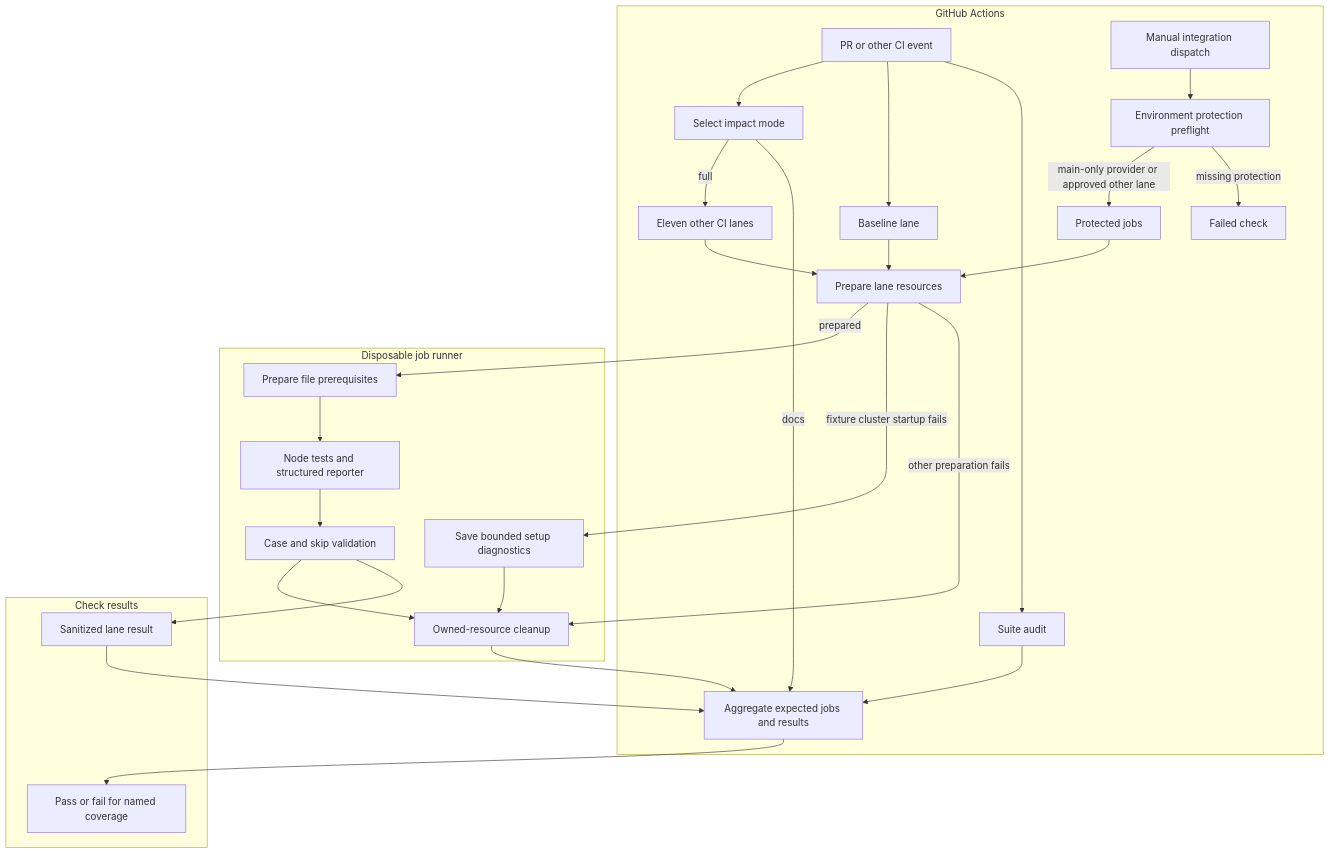
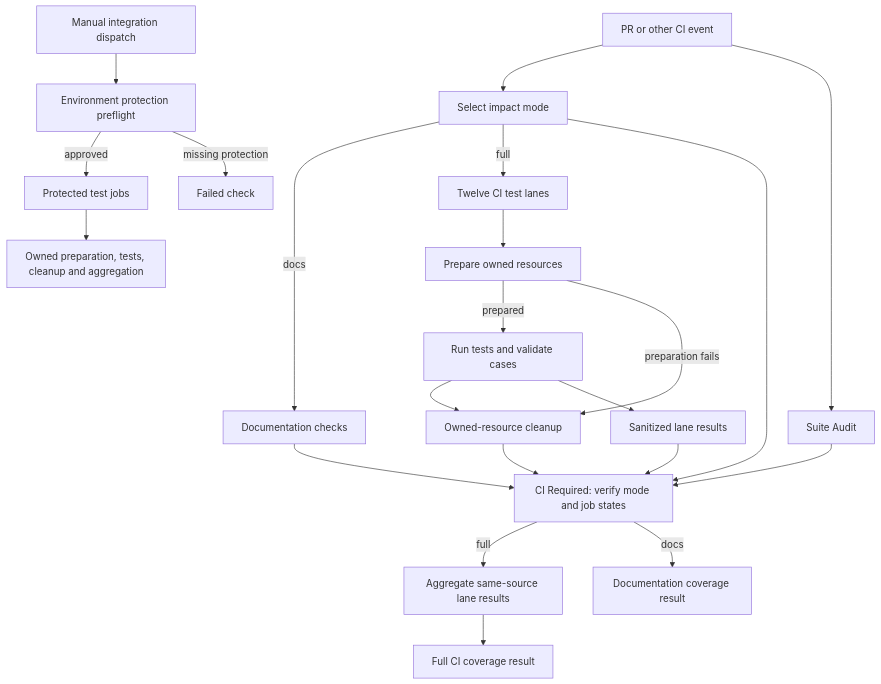
One commit to IsaiahStapleton/openclaw-enterprise changed the diagram in docs/flows/github-actions-testing.md. Above: the diagram before and after it, drawn with Mermaid. The commit also changed other lines of this file and 5 other files, not shown here.

Commit message:
Run only documentation checks for docs-only changes

````diff
--- a/docs/flows/github-actions-testing.md
+++ b/docs/flows/github-actions-testing.md
@@ -21,32 +21,24 @@
 ```mermaid
 graph TD
-  subgraph Actions["GitHub Actions"]
-    A["PR or other CI event"] --> S["Select impact mode"]
-    S -->|full| B["Eleven other CI lanes"]
-    S -->|docs| L
-    A --> Q["Baseline lane"]
-    A --> N["Suite audit"]
-    N --> L
-    Q --> F
-    C["Manual integration dispatch"] --> D["Environment protection preflight"]
-    D -->|main-only provider or approved other lane| E["Protected jobs"]
-    D -->|missing protection| X["Failed check"]
-  end
-  subgraph Runner["Disposable job runner"]
-    B --> F["Prepare lane resources"]
-    E --> F
-    F -->|prepared| G["Prepare file prerequisites"]
-    G --> H["Node tests and structured reporter"]
-    H --> I["Case and skip validation"]
-    F -->|fixture cluster startup fails| P["Save bounded setup diagnostics"]
-    P --> J["Owned-resource cleanup"]
-    F -->|other preparation fails| J
-    I --> J
-  end
-  subgraph Results["Check results"]
-    I --> K["Sanitized lane result"]
-    J --> L["Aggregate expected jobs and results"]
-    K --> L
-    L --> M["Pass or fail for named coverage"]
-  end
+  A["PR or other CI event"] --> S["Select impact mode"]
+  A --> N["Suite Audit"]
+  S -->|docs| D["Documentation checks"]
+  S -->|full| B["Twelve CI test lanes"]
+  B --> F["Prepare owned resources"]
+  F -->|prepared| H["Run tests and validate cases"]
+  F -->|preparation fails| J["Owned-resource cleanup"]
+  H --> J
+  H --> K["Sanitized lane results"]
+  J --> G["CI Required: verify mode and job states"]
+  S --> G
+  N --> G
+  D --> G
+  K --> G
+  G -->|full| L["Aggregate same-source lane results"]
+  G -->|docs| M["Documentation coverage result"]
+  L --> R["Full CI coverage result"]
+  C["Manual integration dispatch"] --> P["Environment protection preflight"]
+  P -->|approved| E["Protected test jobs"]
+  P -->|missing protection| X["Failed check"]
+  E --> T["Owned preparation, tests, cleanup and aggregation"]
 ```
````
